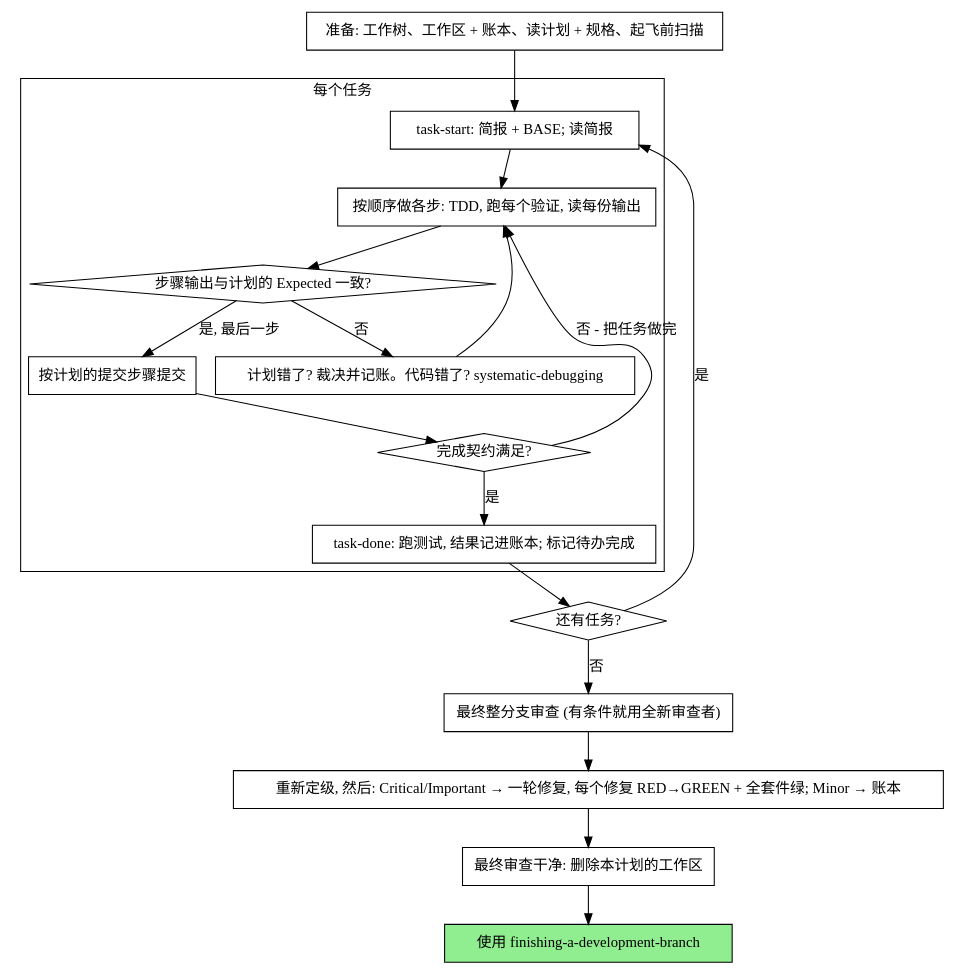
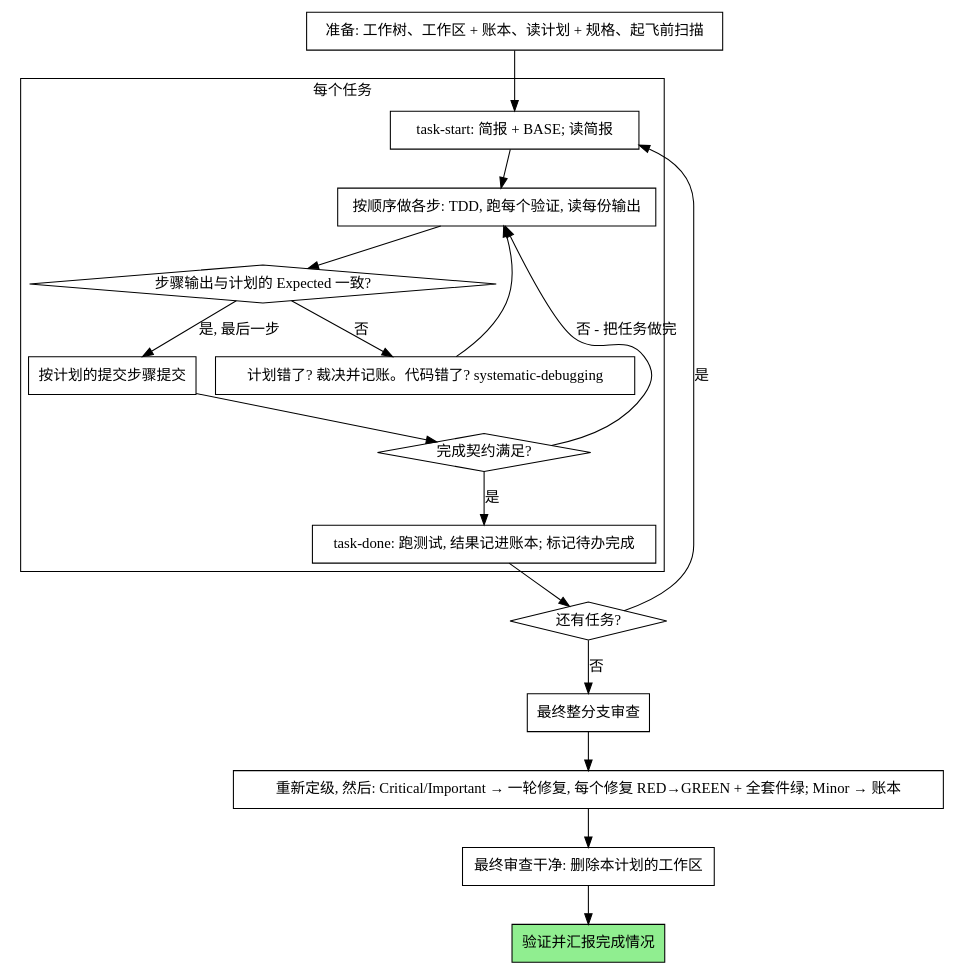
One commit to whutweihuan/claude changed the diagram in .claude/skills/executing-plans/SKILL.md. Above: the diagram before and after it, drawn with Graphviz. The commit also changed other lines of this file and 271 other files, not shown here.

````diff
--- a/.claude/skills/executing-plans/SKILL.md
+++ b/.claude/skills/executing-plans/SKILL.md
@@ -39,39 +33,39 @@
 ```dot
 digraph process {
     rankdir=TB;
 
     subgraph cluster_per_task {
         label="每个任务";
         "task-start: 简报 + BASE; 读简报" [shape=box];
         "按顺序做各步: TDD, 跑每个验证, 读每份输出" [shape=box];
         "步骤输出与计划的 Expected 一致?" [shape=diamond];
         "计划错了? 裁决并记账。代码错了? systematic-debugging" [shape=box];
         "按计划的提交步骤提交" [shape=box];
         "完成契约满足?" [shape=diamond];
         "task-done: 跑测试, 结果记进账本; 标记待办完成" [shape=box];
     }
 
     "准备: 工作树、工作区 + 账本、读计划 + 规格、起飞前扫描" [shape=box];
     "还有任务?" [shape=diamond];
-    "最终整分支审查 (有条件就用全新审查者)" [shape=box];
+    "最终整分支审查" [shape=box];
     "重新定级, 然后: Critical/Important → 一轮修复, 每个修复 RED→GREEN + 全套件绿; Minor → 账本" [shape=box];
     "最终审查干净: 删除本计划的工作区" [shape=box];
-    "使用 finishing-a-development-branch" [shape=box style=filled fillcolor=lightgreen];
+    "验证并汇报完成情况" [shape=box style=filled fillcolor=lightgreen];
 
     "准备: 工作树、工作区 + 账本、读计划 + 规格、起飞前扫描" -> "task-start: 简报 + BASE; 读简报";
     "task-start: 简报 + BASE; 读简报" -> "按顺序做各步: TDD, 跑每个验证, 读每份输出";
     "按顺序做各步: TDD, 跑每个验证, 读每份输出" -> "步骤输出与计划的 Expected 一致?";
     "步骤输出与计划的 Expected 一致?" -> "计划错了? 裁决并记账。代码错了? systematic-debugging" [label="否"];
     "计划错了? 裁决并记账。代码错了? systematic-debugging" -> "按顺序做各步: TDD, 跑每个验证, 读每份输出";
     "步骤输出与计划的 Expected 一致?" -> "按计划的提交步骤提交" [label="是, 最后一步"];
     "按计划的提交步骤提交" -> "完成契约满足?";
     "完成契约满足?" -> "按顺序做各步: TDD, 跑每个验证, 读每份输出" [label="否 - 把任务做完"];
     "完成契约满足?" -> "task-done: 跑测试, 结果记进账本; 标记待办完成" [label="是"];
     "task-done: 跑测试, 结果记进账本; 标记待办完成" -> "还有任务?";
     "还有任务?" -> "task-start: 简报 + BASE; 读简报" [label="是"];
-    "还有任务?" -> "最终整分支审查 (有条件就用全新审查者)" [label="否"];
-    "最终整分支审查 (有条件就用全新审查者)" -> "重新定级, 然后: Critical/Important → 一轮修复, 每个修复 RED→GREEN + 全套件绿; Minor → 账本";
+    "还有任务?" -> "最终整分支审查" [label="否"];
+    "最终整分支审查" -> "重新定级, 然后: Critical/Important → 一轮修复, 每个修复 RED→GREEN + 全套件绿; Minor → 账本";
     "重新定级, 然后: Critical/Important → 一轮修复, 每个修复 RED→GREEN + 全套件绿; Minor → 账本" -> "最终审查干净: 删除本计划的工作区";
-    "最终审查干净: 删除本计划的工作区" -> "使用 finishing-a-development-branch";
+    "最终审查干净: 删除本计划的工作区" -> "验证并汇报完成情况";
 }
 ```
````
